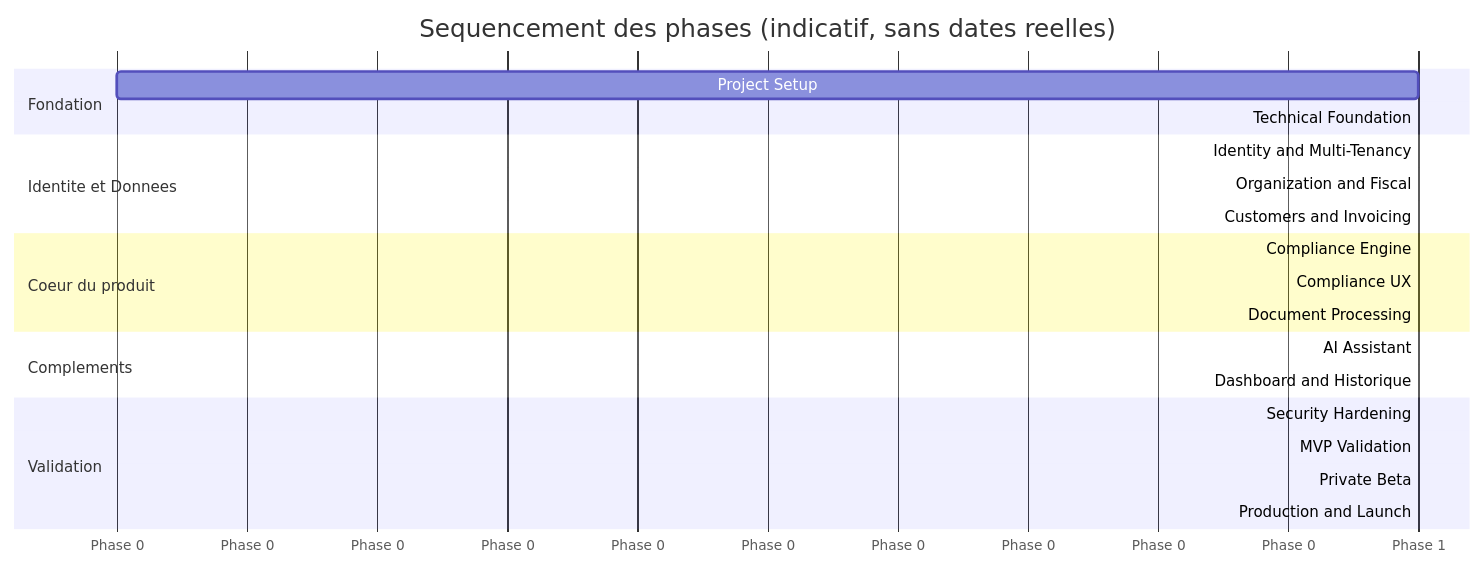
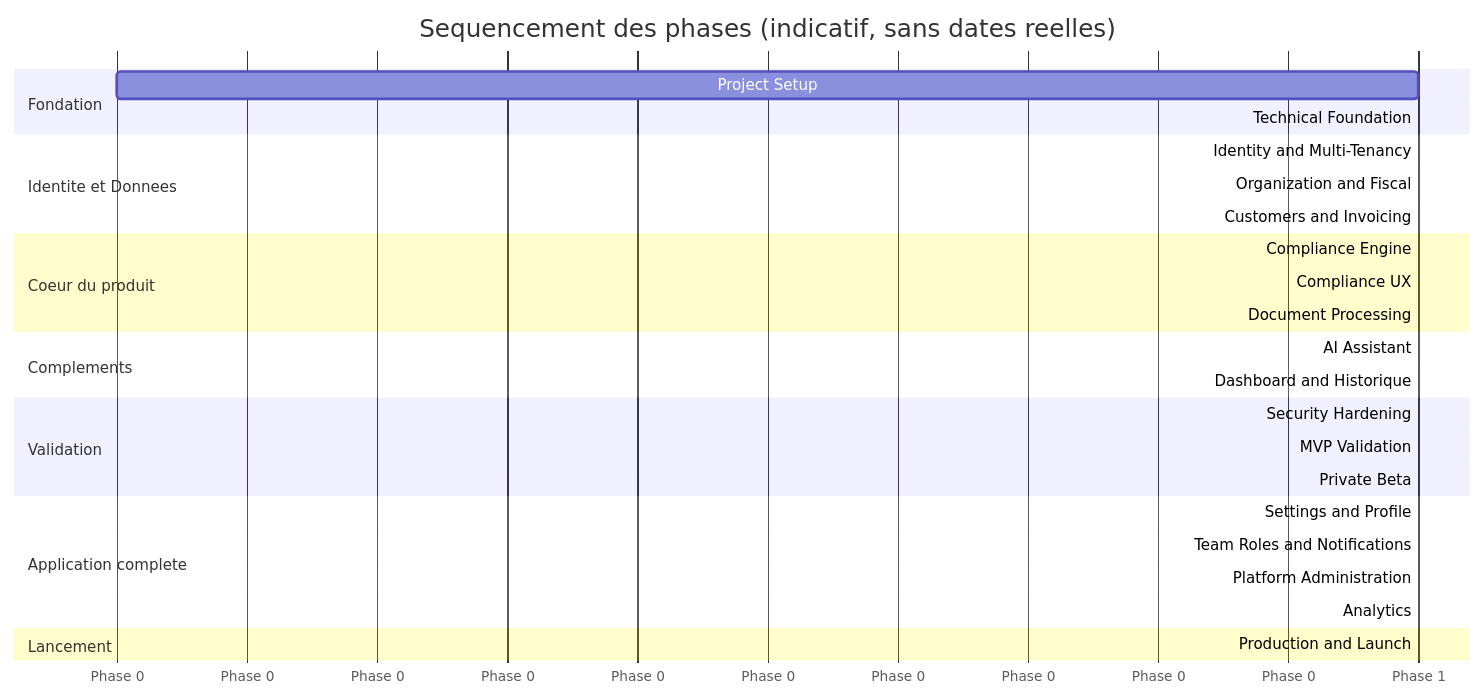
Before and after one commit to Joello61/factu-sentinel: the second of 2 diagrams in docs/12-roadmap.md, drawn with Mermaid. The commit also changed other lines of this file and 10 other files, not shown here.

````diff
--- a/docs/12-roadmap.md
+++ b/docs/12-roadmap.md
@@ -842,30 +905,38 @@
 ```mermaid
 gantt
     title Sequencement des phases (indicatif, sans dates reelles)
     dateFormat X
     axisFormat Phase %s
 
     section Fondation
     Project Setup             :p0, 0, 1
     Technical Foundation      :p1, after p0, 1
 
     section Identite et Donnees
     Identity and Multi-Tenancy :p2, after p1, 1
     Organization and Fiscal    :p3, after p2, 1
     Customers and Invoicing    :p4, after p3, 1
 
     section Coeur du produit
     Compliance Engine          :p5, after p4, 1
     Compliance UX              :p6, after p5, 1
     Document Processing        :p7, after p5, 1
 
     section Complements
     AI Assistant               :p8, after p6, 1
     Dashboard and Historique   :p9, after p6, 1
 
     section Validation
     Security Hardening        :p10, after p9, 1
     MVP Validation             :p11, after p10, 1
     Private Beta                :p12, after p11, 1
-    Production and Launch        :p13, after p12, 1
+
+    section Application complete
+    Settings and Profile          :p13, after p12, 1
+    Team Roles and Notifications  :p14, after p13, 1
+    Platform Administration       :p15, after p14, 1
+    Analytics                     :p16, after p15, 1
+
+    section Lancement
+    Production and Launch        :p17, after p16, 1
 ```
````
